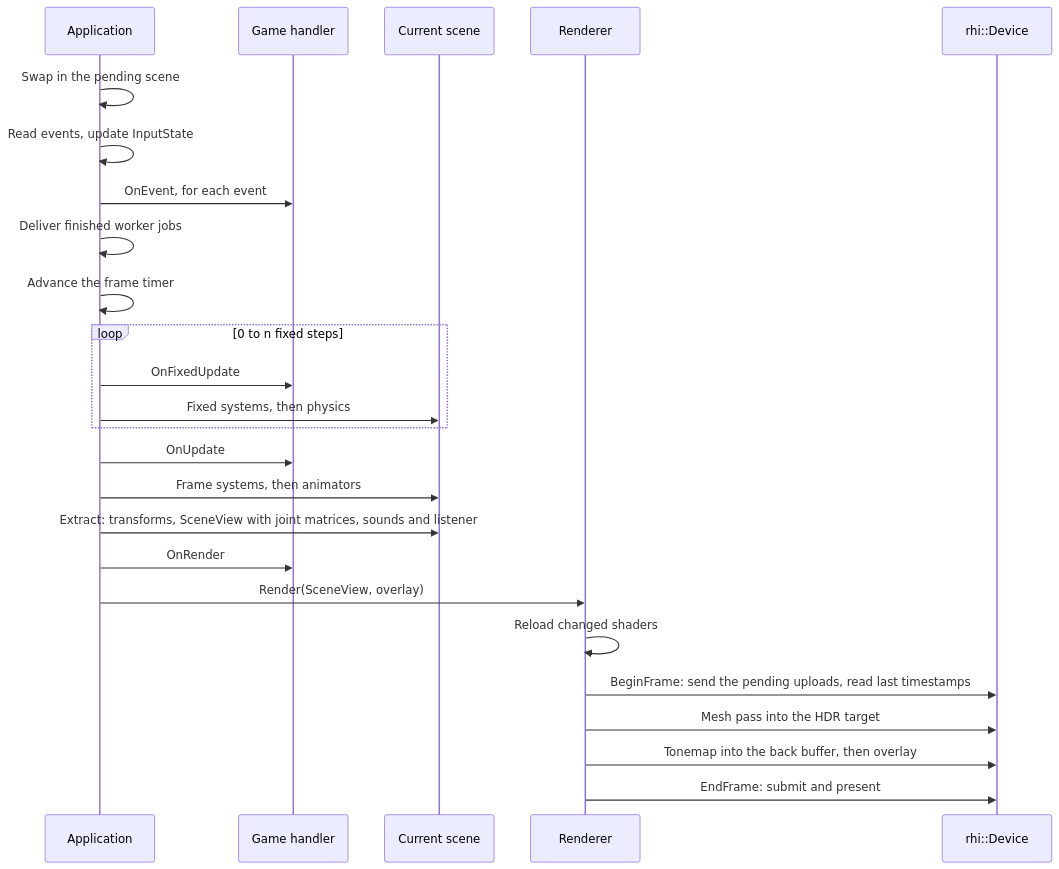
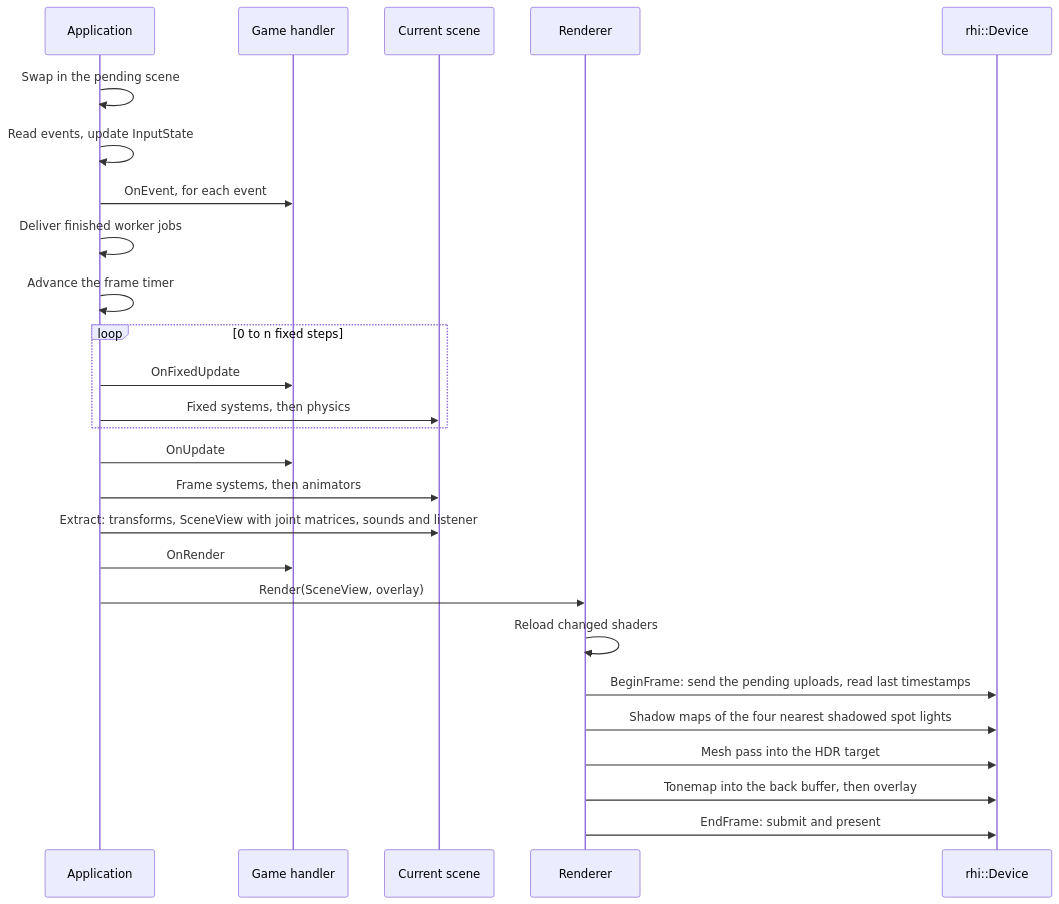
One commit to SBXdev3D/daidalos-engine-next changed the third of 8 diagrams in docs/ARCHITECTURE.md. Above: the diagram before and after it, drawn with Mermaid. The commit also changed other lines of this file and 5 other files, not shown here.

````diff
--- a/docs/ARCHITECTURE.md
+++ b/docs/ARCHITECTURE.md
@@ -65,28 +65,29 @@
 ```mermaid
 sequenceDiagram
     participant A as Application
     participant G as Game handler
     participant S as Current scene
     participant R as Renderer
     participant D as rhi::Device
 
     A->>A: Swap in the pending scene
     A->>A: Read events, update InputState
     A->>G: OnEvent, for each event
     A->>A: Deliver finished worker jobs
     A->>A: Advance the frame timer
     loop 0 to n fixed steps
         A->>G: OnFixedUpdate
         A->>S: Fixed systems, then physics
     end
     A->>G: OnUpdate
     A->>S: Frame systems, then animators
     A->>S: Extract: transforms, SceneView with joint matrices, sounds and listener
     A->>G: OnRender
     A->>R: Render(SceneView, overlay)
     R->>R: Reload changed shaders
     R->>D: BeginFrame: send the pending uploads, read last timestamps
+    R->>D: Shadow maps of the four nearest shadowed spot lights
     R->>D: Mesh pass into the HDR target
     R->>D: Tonemap into the back buffer, then overlay
     R->>D: EndFrame: submit and present
 ```
````
